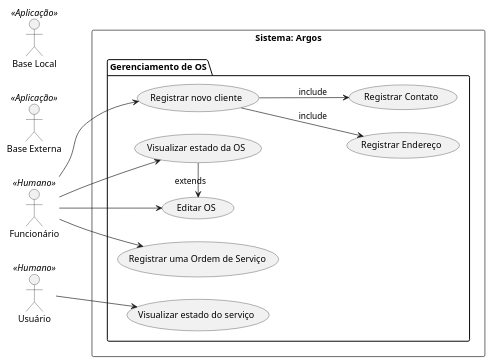
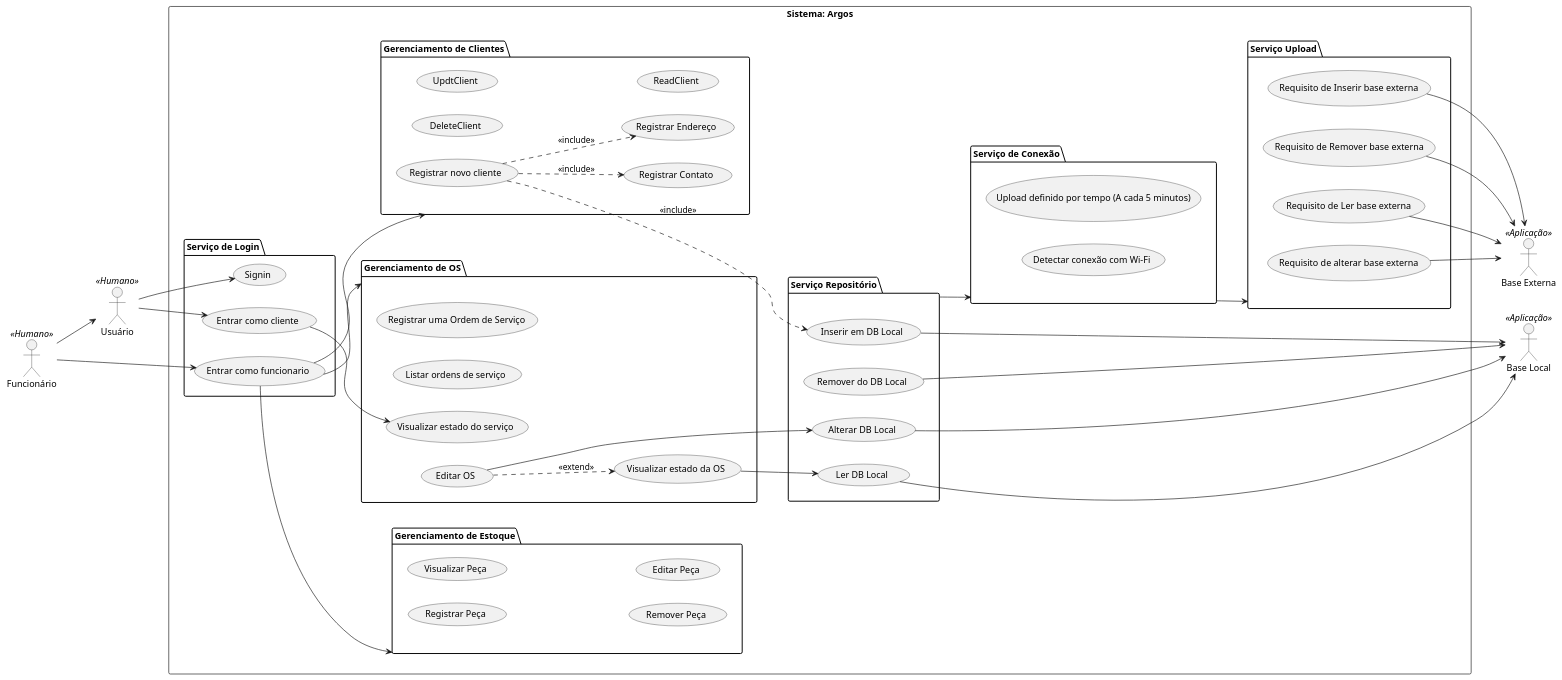
Before and after one commit to CS-PI-2026-Argonautas/docs: the diagram in diagramas/use-case-diagram.puml, drawn with PlantUML.

Commit message:
More use case diagram stuffs

```diff
--- a/diagramas/use-case-diagram.puml
+++ b/diagramas/use-case-diagram.puml
@@ -1,43 +1,105 @@
 @startuml usecase
 left to right direction
-skinparam actorPosition left
 
-together{
-  actor :Funcionário: as func <<Humano>> 
-  actor :Usuário: as user <<Humano>> 
-
-}
+' 1. DECLARAÇÃO DOS ATORES (Garante a ordem dos blocos no espaço global)
+actor :Funcionário: as func <<Humano>> 
+actor :Usuário: as user <<Humano>> 
 
 together{
   actor :Base Local: as sqlite <<Aplicação>> 
   actor :Base Externa: as springapp <<Aplicação>>
 }
-
-rectangle "Sistema: Argos"{
-  package "Gerenciamento de OS" {
-
-    "Registrar uma Ordem de Serviço" as (NewOS)
-    "Registrar Endereço" as (nendereco) 
-    "Registrar Contato" as (ncontato) 
-    
-    "Registrar novo cliente" as (NewUser)
-    "Visualizar estado do serviço" as (ServStatus)
-    "Visualizar estado da OS" as (ReadOS)
-    "Editar OS" as (UpdtOS)
+' 2. ESTRUTURA DO SISTEMA
+rectangle "Sistema: Argos" as Argos {
+  
+  package "Serviço de Login"{
+    (Login) as "Entrar como cliente"
+    (LoginAdmin) as "Entrar como funcionario"
+    (Signin)
   }
 
+  package "Gerenciamento de Estoque" {
+    (NewPart) as "Registrar Peça"
+    (ReadPart) as "Visualizar Peça"
+    (DeletePart) as "Remover Peça"
+    (UpdtPart) as "Editar Peça"
+
+  }
+
+ 
+
+  package "Gerenciamento de Clientes" {
+
+    (nendereco) as "Registrar Endereço"
+    (ncontato) as "Registrar Contato"
+    (NewClient) as "Registrar novo cliente"
+    (DeleteClient)
+    (UpdtClient)
+    (ReadClient)
+  }
+
+  package "Gerenciamento de OS" {
+    (NewOS) as "Registrar uma Ordem de Serviço"
+    (ListOS) as "Listar ordens de serviço"
+    (ServStatus) as "Visualizar estado do serviço"
+    (ReadOS) as "Visualizar estado da OS"
+    (UpdtOS) as "Editar OS"
+  }
+
+  package "Serviço de Conexão" {
+    (Timer) as "Upload definido por tempo (A cada 5 minutos)"
+    (CheckWifi) as "Detectar conexão com Wi-Fi"
+  }
+
+  package "Serviço Repositório" {
+    (CreateLocal) as "Inserir em DB Local"
+    (DeleteLocal) as "Remover do DB Local"
+    (ReadLocal) as "Ler DB Local"
+    (UpdtLocal) as "Alterar DB Local"
+  }
+
+
+  package "Serviço Upload"{
+    
+    (CreateEx) as "Requisito de Inserir base externa"
+    (DeleteEx) as "Requisito de Remover base externa"
+    (ReadEx) as " Requisito de Ler base externa"
+    (UpdtEx) as "Requisito de alterar base externa"
+  }
 }
 
-NewUser --> nendereco : include
-NewUser --> ncontato : include
-ReadOS -> UpdtOS : extends
+' 3. LIGAÇÕES ESQUERDA -> CENTRO (Atores Humanos conectando nos Casos de Uso)
+user --> Login
+user --> Signin
+func --> user
+func --> LoginAdmin
+LoginAdmin --> "Gerenciamento de Clientes"
+LoginAdmin --> "Gerenciamento de OS"
+LoginAdmin --> "Gerenciamento de Estoque"
+
+Login --> ServStatus
+
+' 4. RELACIONAMENTOS INTERNOS
+NewClient ..> CreateLocal : <<include>>
+NewClient ..> nendereco : <<include>>
+NewClient ..> ncontato : <<include>>
+UpdtOS ..> ReadOS : <<extend>>
+UpdtOS --> UpdtLocal
+ReadOS --> ReadLocal
 
 
-func --> NewOS
-func --> NewUser
-func --> ReadOS
-func --> UpdtOS
-user --> ServStatus
+' 5. LIGAÇÕES CENTRO -> DIREITA (Casos de Uso conectando nos Bancos de Dados)
+' A seta obrigatoriamente aponta para a direita (-->) partindo do caso de uso para o actor
+"Serviço Repositório" --> "Serviço de Conexão"
+"Serviço de Conexão" --> "Serviço Upload"
+CreateLocal --> sqlite
+DeleteLocal --> sqlite
+ReadLocal --> sqlite
+UpdtLocal --> sqlite
 
+CreateEx --> springapp
+DeleteEx --> springapp
+ReadEx --> springapp
+UpdtEx --> springapp
 
 @enduml
```
